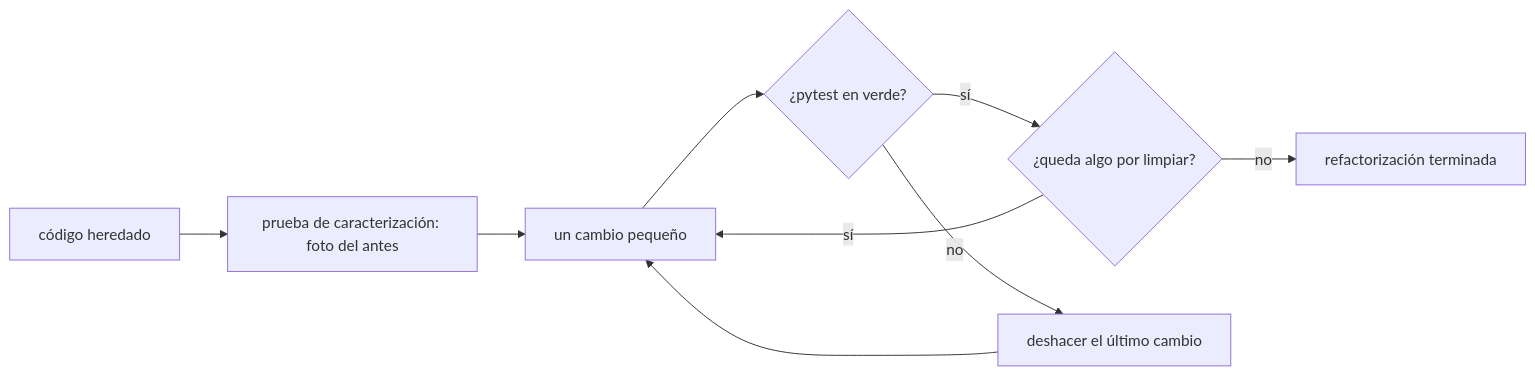
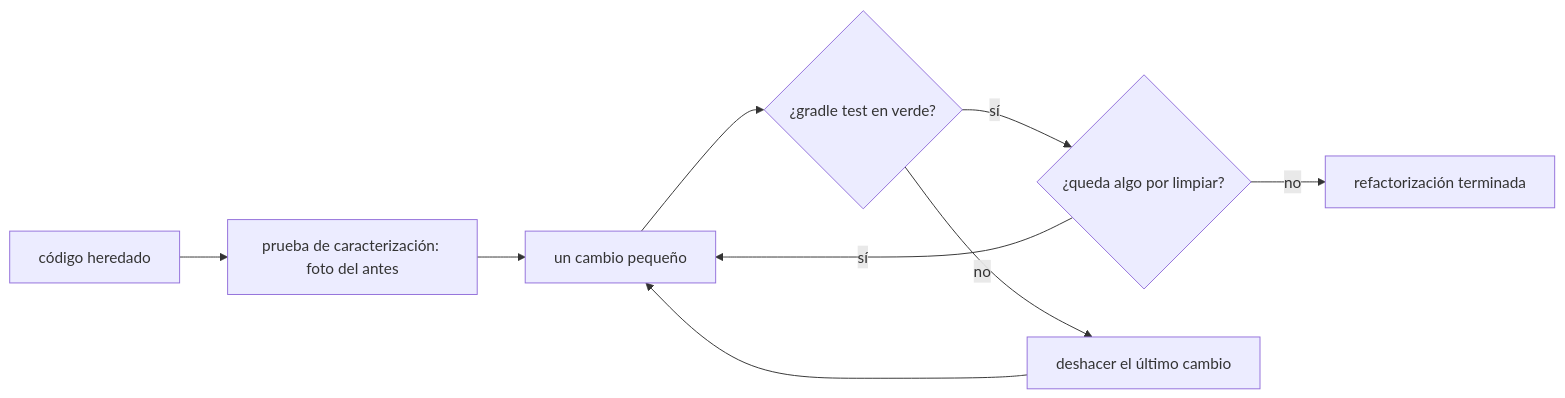
The first of 4 diagrams in web/public/content/foundations/modulo-10.md (NICORUIZ93/The_Imperial_Book), drawn with Mermaid before and after one commit. The commit also changed other lines of this file and 1 other file, not shown here.

````diff
--- a/web/public/content/foundations/modulo-10.md
+++ b/web/public/content/foundations/modulo-10.md
@@ -114,10 +114,10 @@
 ```mermaid
 flowchart LR
     V["código heredado"] --> C["prueba de caracterización: foto del antes"]
     C --> P["un cambio pequeño"]
-    P --> T{"¿pytest en verde?"}
+    P --> T{"¿gradle test en verde?"}
     T -- "sí" --> S{"¿queda algo por limpiar?"}
     S -- "sí" --> P
     S -- "no" --> F["refactorización terminada"]
     T -- "no" --> D["deshacer el último cambio"] --> P
 ```
````
